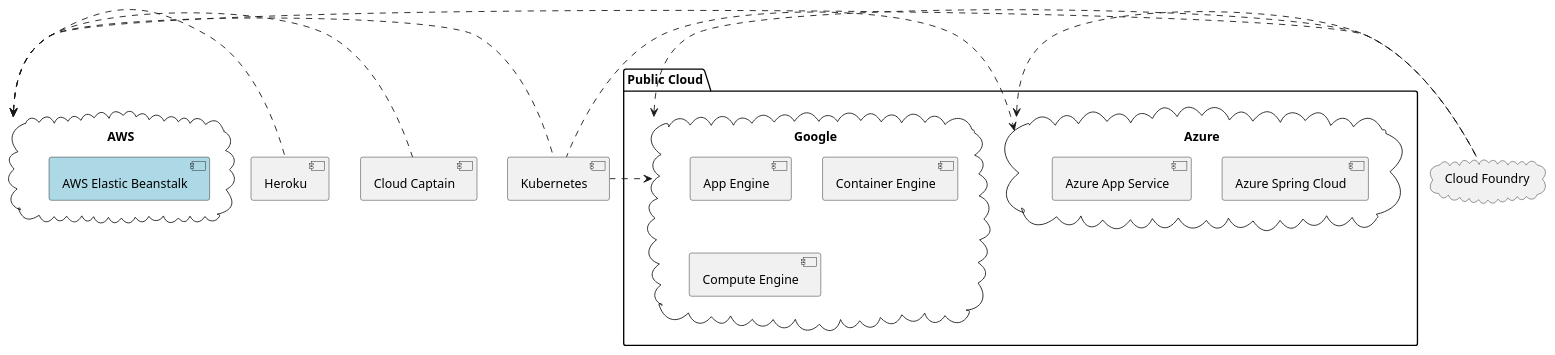
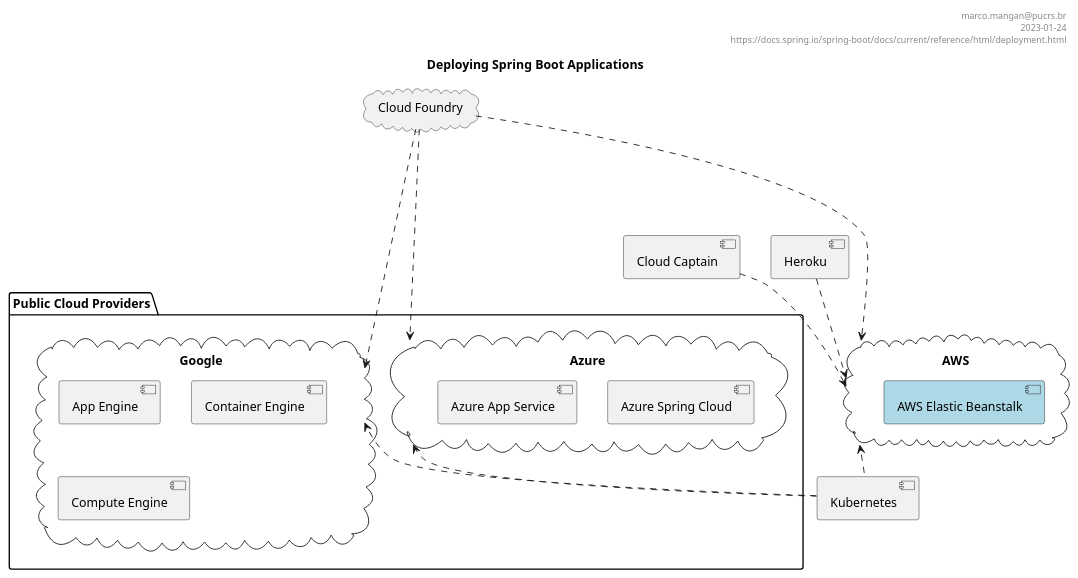
One commit to masmangan/scaling-octo-bassoon changed the diagram in aws-beanstalk-walkthrough/gs-spring-deploy.puml. Above: the diagram before and after it, drawn with PlantUML.

Commit message:
Update gs-spring-deploy.puml
Relates to #24

```diff
--- a/aws-beanstalk-walkthrough/gs-spring-deploy.puml
+++ b/aws-beanstalk-walkthrough/gs-spring-deploy.puml
@@ -1,47 +1,54 @@
 @startuml
 
+header
+ marco.mangan@pucrs.br
+ 2023-01-24
+ https://docs.spring.io/spring-boot/docs/current/reference/html/deployment.html
+end header
+
+title Deploying Spring Boot Applications
 
 cloud "Cloud Foundry" as Foundry
 
 component Kubernetes as Kubernetes
 
 component Heroku as Heroku
 
-AWS <. Heroku
+AWS <.up. Heroku
 
 component "Cloud Captain" as Captain
 
-package "Public Cloud" {
+package "Public Cloud Providers" {
 
   cloud "Amazon Web Services (AWS)" as AWS {
 
     [AWS Elastic Beanstalk] #LightBlue
 
   }
 
-  AWS <. Captain
-  AWS <. Kubernetes
-  Azure <. Kubernetes
-  Google <. Kubernetes
+  AWS <.Up. Captain
+  AWS <.. Kubernetes
+  Azure <.. Kubernetes
+  Google <.. Kubernetes
 
-  Google <. Foundry
-  AWS <. Foundry
-  Azure <. Foundry
+  Google <.Up.. Foundry
+  AWS <.Up... Foundry
+  Azure <.Up.. Foundry
 
   cloud "Google Cloud" as Google {
 
     [App Engine]
 
     [Container Engine]
 
     [Compute Engine]
   }
 
   cloud "Azure" as Azure {
 
     [Azure Spring Cloud]
 
     [Azure App Service]
   }
 }
 @enduml
```
